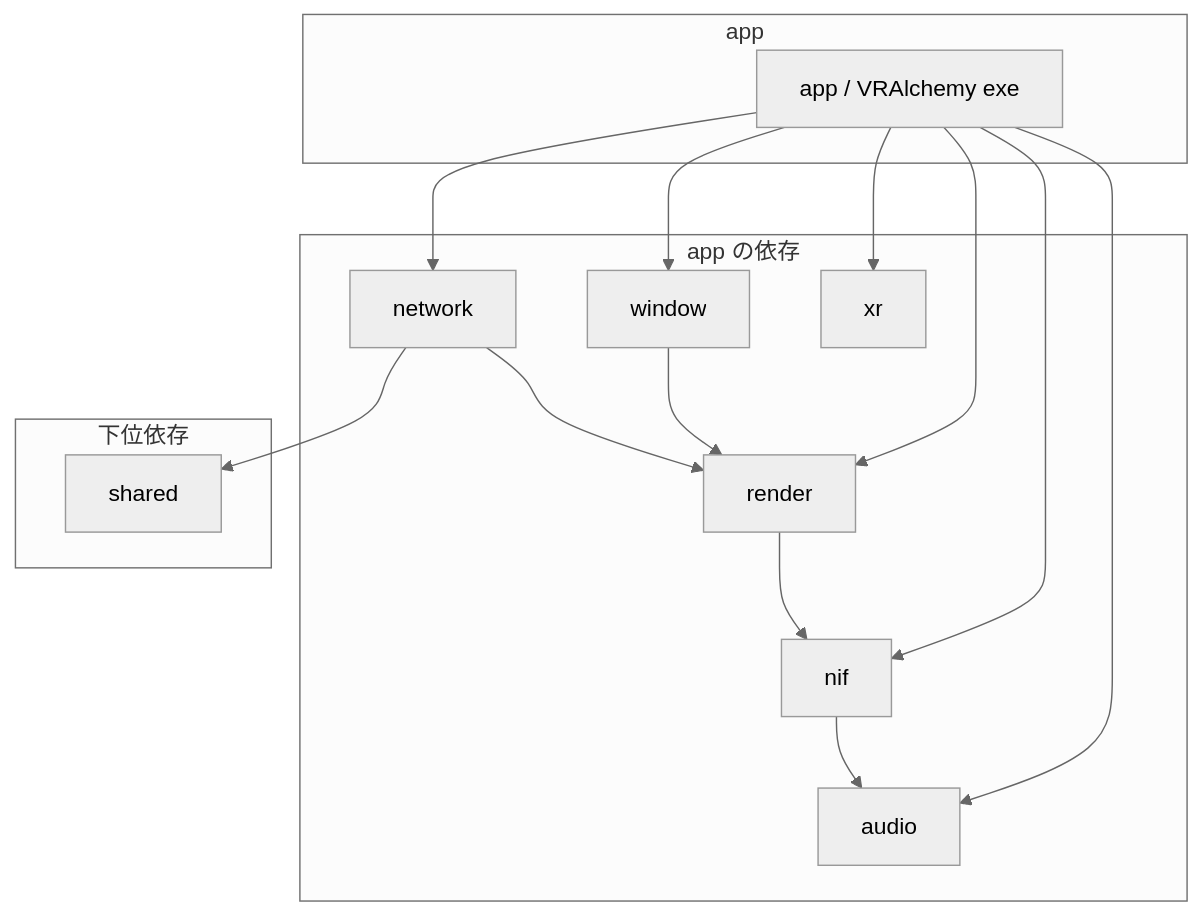
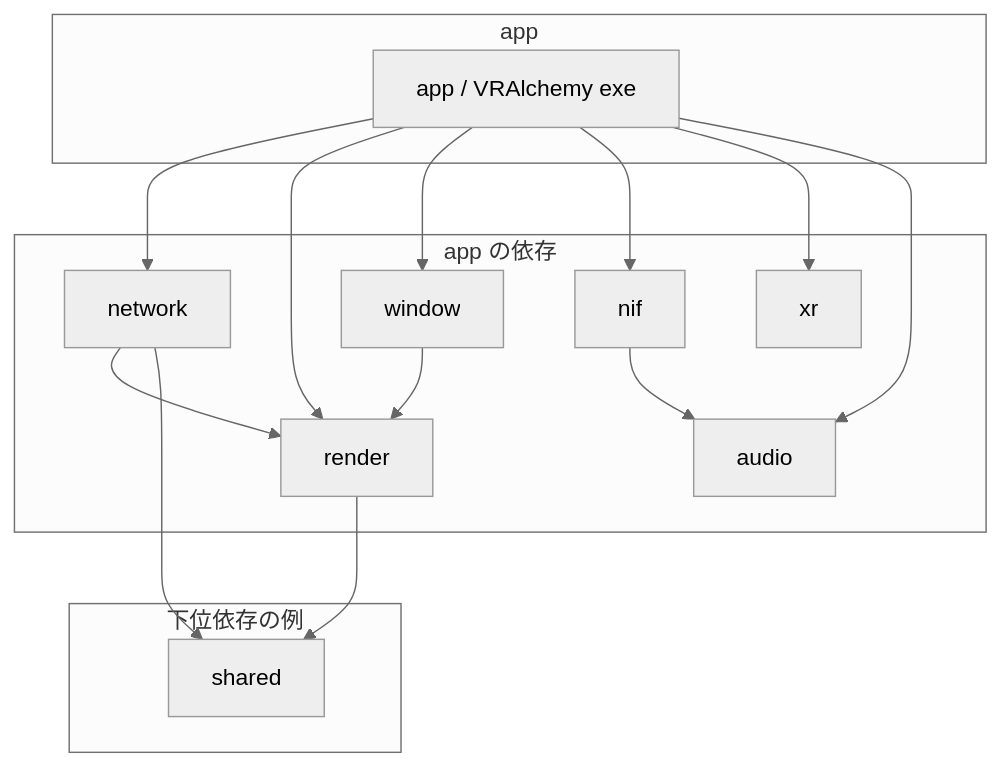
The third of 5 diagrams in docs/architecture/rust/desktop_client.md (FRICK-ELDY/alchemy-engine), drawn with Mermaid (neutral theme) before and after one commit. The commit also changed other lines of this file and 50 other files, not shown here.

Commit message:
refactor(native): RenderFrame protobuf を render_frame_proto に分離し NIF から render を切り離す

````diff
--- a/docs/architecture/rust/desktop_client.md
+++ b/docs/architecture/rust/desktop_client.md
@@ -205,31 +92,31 @@
 ```mermaid
 graph TB
     subgraph app
         APP[app / VRAlchemy exe]
     end
 
     subgraph deps [app の依存]
         NETWORK[network]
         RENDER[render]
         WINDOW[window]
         NIF[nif]
         XR[xr]
         AUDIO[audio]
     end
 
-    subgraph deps2 [下位依存]
+    subgraph deps2 [下位依存の例]
         SHARED[shared]
     end
 
     APP --> NETWORK
     APP --> RENDER
     APP --> WINDOW
     APP --> NIF
     APP --> XR
     APP --> AUDIO
     WINDOW --> RENDER
-    RENDER --> NIF
     NETWORK --> RENDER
     NETWORK --> SHARED
+    RENDER --> SHARED
     NIF --> AUDIO
 ```
````
